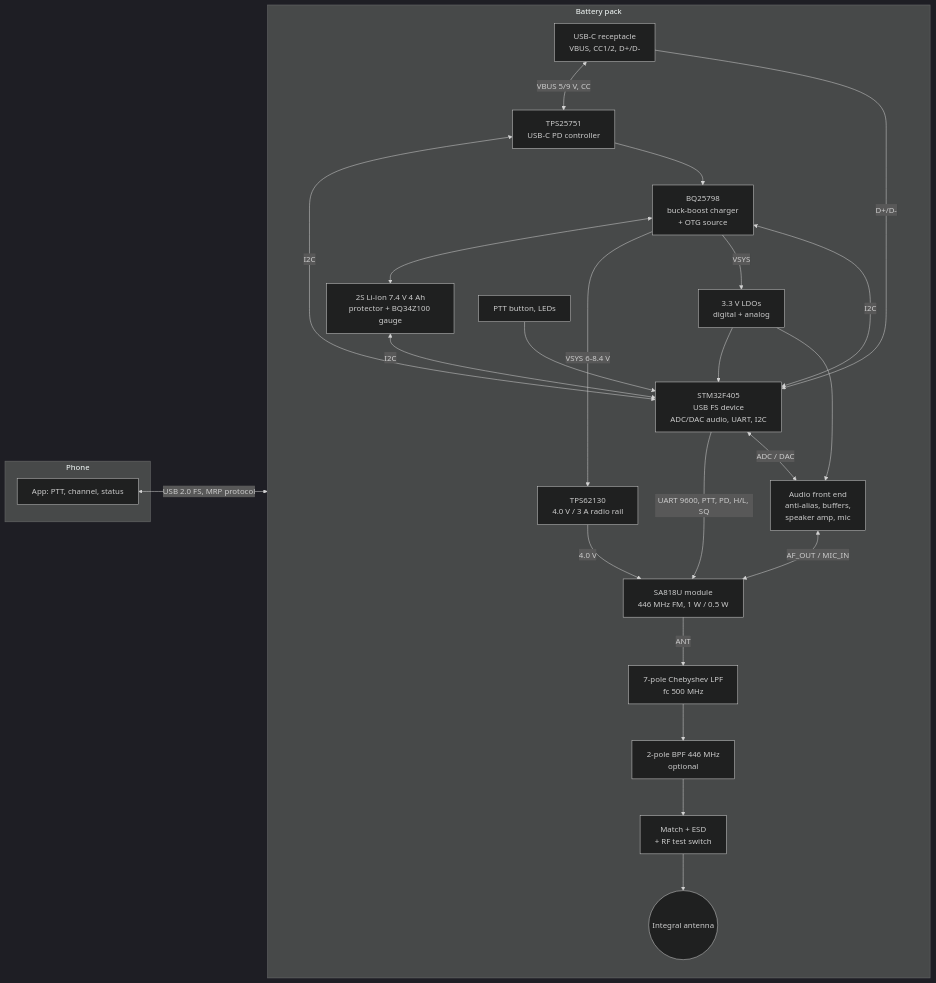
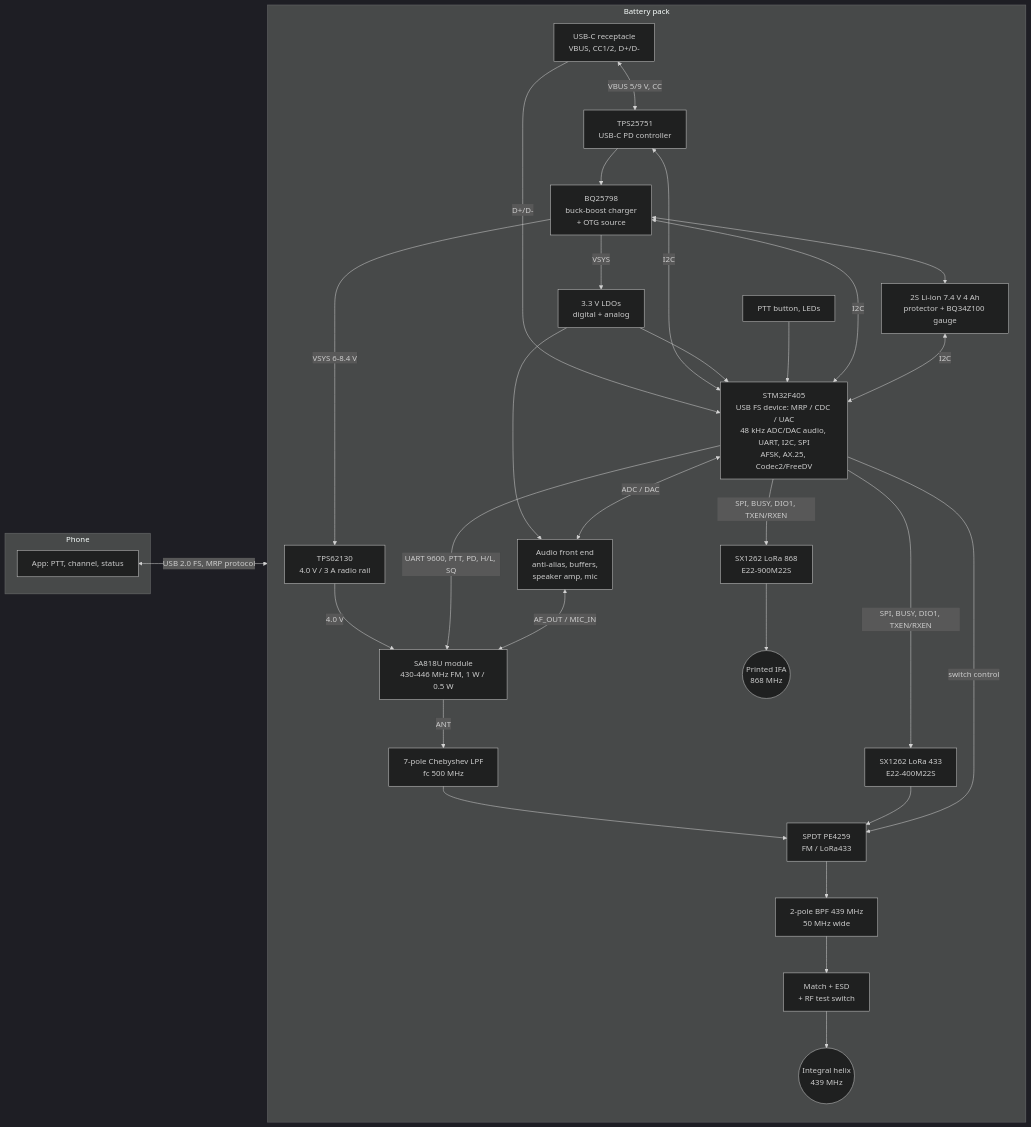
Before and after one commit to sq6emm/mobile-radio: the diagram in docs/02-system-architecture.md, drawn with Mermaid (dark theme). The commit also changed other lines of this file and 68 other files, not shown here.

````diff
--- a/docs/02-system-architecture.md
+++ b/docs/02-system-architecture.md
@@ -5,43 +5,53 @@
 ```mermaid
 flowchart LR
     subgraph PHONE[Phone]
         APP[App: PTT, channel, status]
     end
 
     subgraph PACK[Battery pack]
         direction TB
         USBC[USB-C receptacle<br/>VBUS, CC1/2, D+/D-]
         PD[TPS25751<br/>USB-C PD controller]
         CHG[BQ25798<br/>buck-boost charger<br/>+ OTG source]
         BAT[2S Li-ion 7.4 V 4 Ah<br/>protector + BQ34Z100 gauge]
         BUCK[TPS62130<br/>4.0 V / 3 A radio rail]
         LDO[3.3 V LDOs<br/>digital + analog]
-        MCU[STM32F405<br/>USB FS device<br/>ADC/DAC audio, UART, I2C]
-        RADIO[SA818U module<br/>446 MHz FM, 1 W / 0.5 W]
+        MCU[STM32F405<br/>USB FS device: MRP / CDC / UAC<br/>48 kHz ADC/DAC audio, UART, I2C, SPI<br/>AFSK, AX.25, Codec2/FreeDV]
+        RADIO[SA818U module<br/>430-446 MHz FM, 1 W / 0.5 W]
         LPF[7-pole Chebyshev LPF<br/>fc 500 MHz]
-        BPF[2-pole BPF 446 MHz<br/>optional]
+        SW[SPDT PE4259<br/>FM / LoRa433]
+        L433[SX1262 LoRa 433<br/>E22-400M22S]
+        L868[SX1262 LoRa 868<br/>E22-900M22S]
+        BPF[2-pole BPF 439 MHz<br/>50 MHz wide]
         MATCH[Match + ESD<br/>+ RF test switch]
-        ANT((Integral antenna))
+        ANT((Integral helix<br/>439 MHz))
+        ANT2((Printed IFA<br/>868 MHz))
         AUDIO[Audio front end<br/>anti-alias, buffers,<br/>speaker amp, mic]
         UI[PTT button, LEDs]
     end
 
     APP <-- "USB 2.0 FS, MRP protocol" --> USBC
     USBC <-- "VBUS 5/9 V, CC" --> PD
     USBC -- "D+/D-" --> MCU
     PD <-- I2C --> MCU
     PD --> CHG
     CHG <--> BAT
     CHG -- VSYS 6-8.4 V --> BUCK
     CHG -- VSYS --> LDO
     BUCK -- 4.0 V --> RADIO
     LDO --> MCU
     LDO --> AUDIO
     MCU -- "UART 9600, PTT, PD, H/L, SQ" --> RADIO
     MCU <-- "ADC / DAC" --> AUDIO
     AUDIO <-- "AF_OUT / MIC_IN" --> RADIO
-    RADIO -- ANT --> LPF --> BPF --> MATCH --> ANT
+    RADIO -- ANT --> LPF --> SW
+    L433 --> SW
+    SW --> BPF --> MATCH --> ANT
+    L868 --> ANT2
+    MCU -- "SPI, BUSY, DIO1, TXEN/RXEN" --> L433
+    MCU -- "SPI, BUSY, DIO1, TXEN/RXEN" --> L868
+    MCU -- "switch control" --> SW
     UI --> MCU
     CHG <-- I2C --> MCU
     BAT <-- I2C --> MCU
 ```
````
